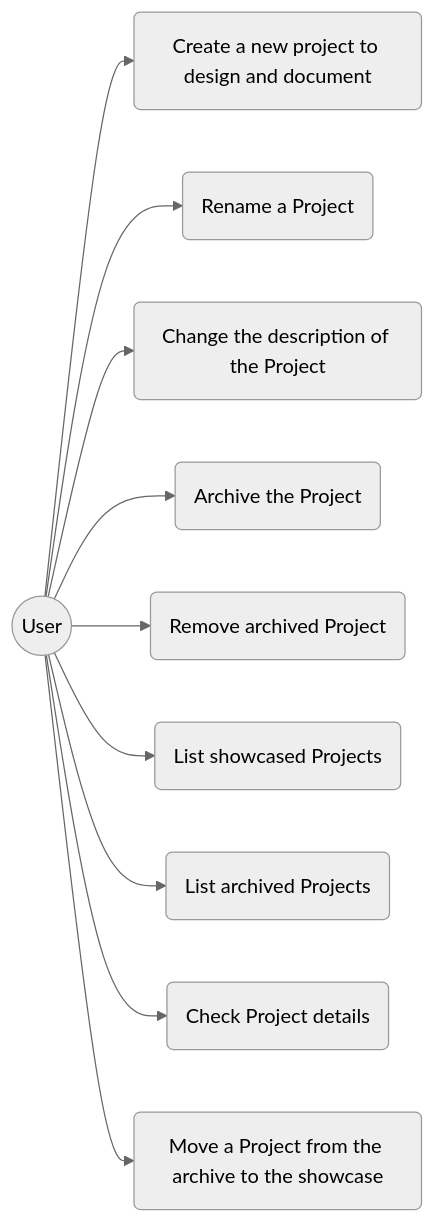
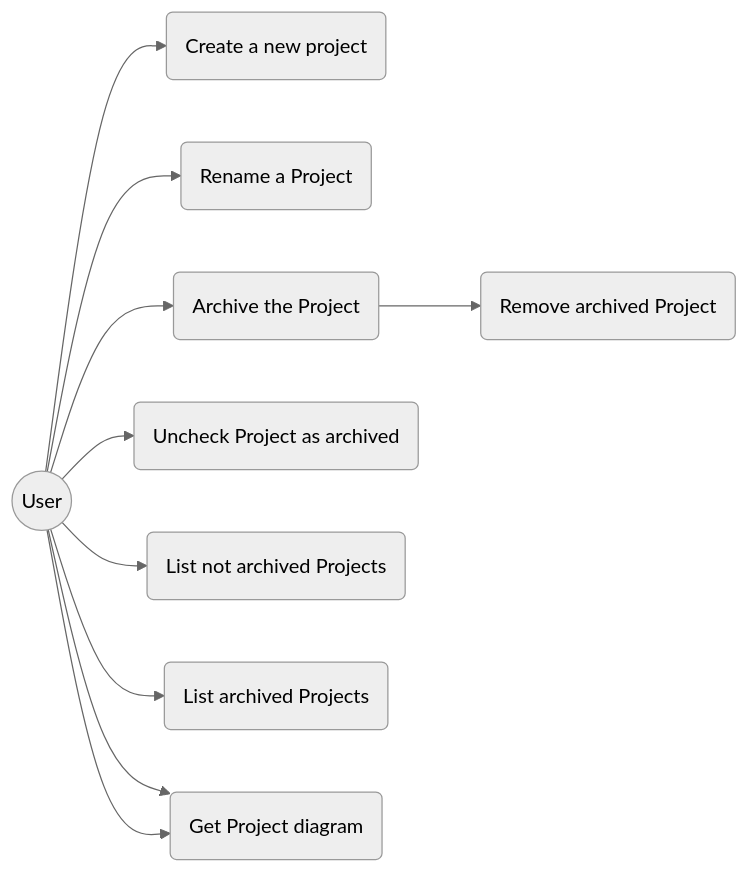
The third of 3 diagrams in docs/src/projects/project.md (stsh89/metropolis), drawn with Mermaid (neutral theme) before and after one commit. The commit also changed other lines of this file and 8 other files, not shown here.

````diff
--- a/docs/src/projects/project.md
+++ b/docs/src/projects/project.md
@@ -49,14 +29,14 @@
 ```mermaid
 flowchart LR
     U((User))
 
-    U --> A1(Create a new project to design and document)
+    U --> A1(Create a new project)
     U --> A2(Rename a Project)
-    U --> A3(Change the description of the Project)
     U --> A4(Archive the Project)
-    U --> A5(Remove archived Project)
-    U --> A6(List showcased Projects)
-    U --> A7(List archived Projects)
-    U --> A8(Check Project details)
-    U --> A9(Move a Project from the archive to the showcase)
+    A4 --> A5(Remove archived Project)
+    U --> A6(Uncheck Project as archived)
+    U --> A7(List not archived Projects)
+    U --> A8(List archived Projects)
+    U --> A9(Check Project details)
+    U --> A9(Get Project diagram)
 ```
````
